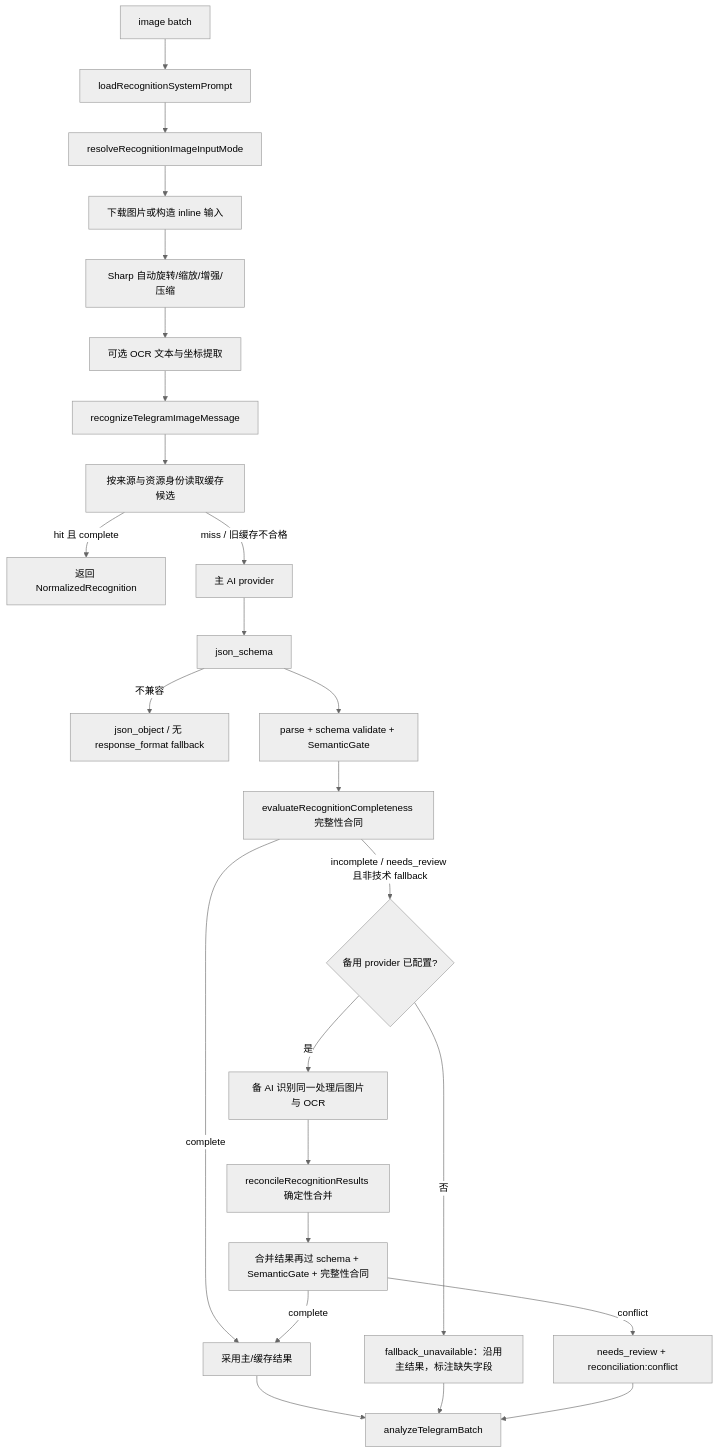
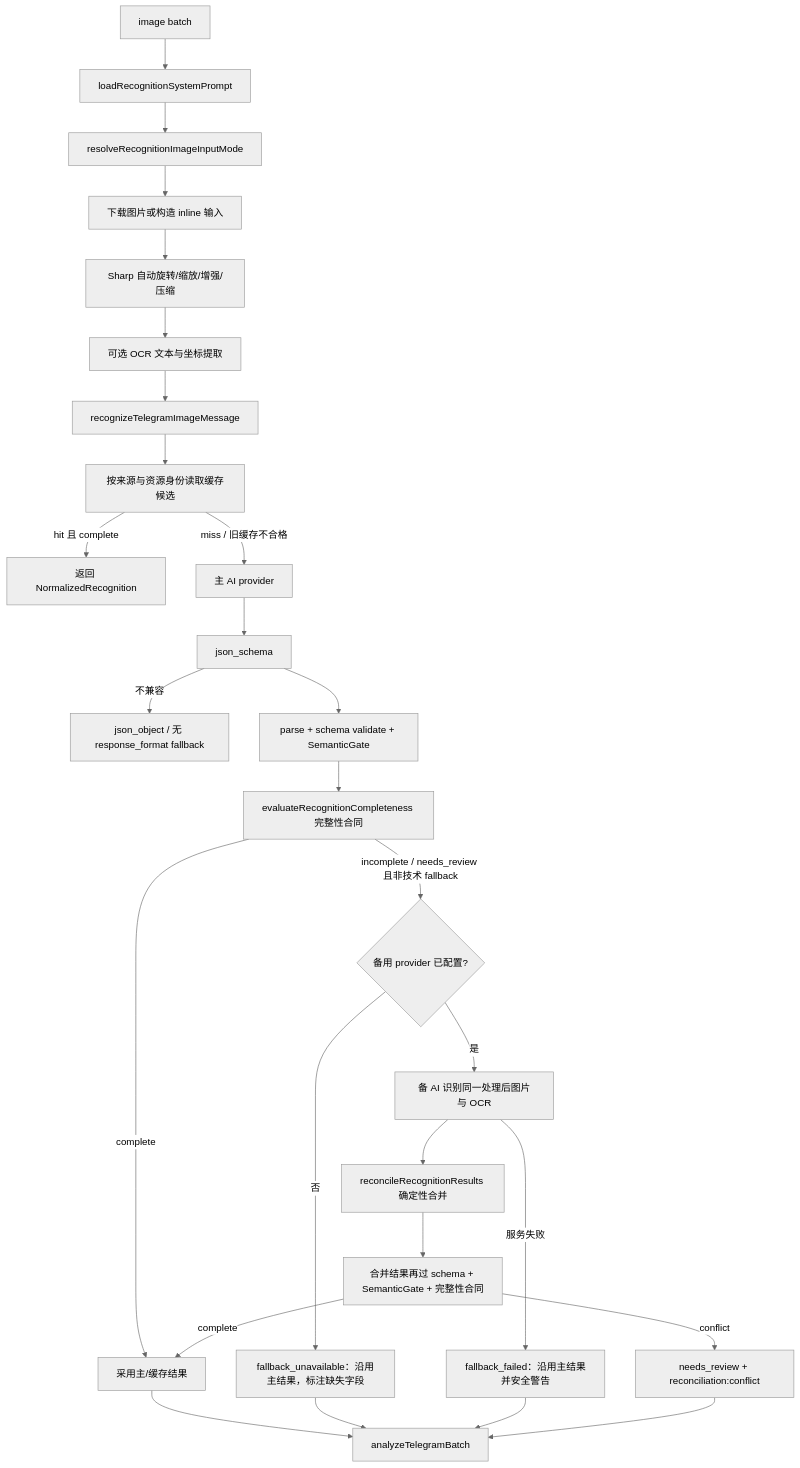
Before and after one commit to soulgo/training_records: the diagram in docs/02_系统核心逻辑/图片识别逻辑.md, drawn with Mermaid (neutral theme). The commit also changed other lines of this file and 17 other files, not shown here.

````diff
--- a/docs/02_系统核心逻辑/图片识别逻辑.md
+++ b/docs/02_系统核心逻辑/图片识别逻辑.md
@@ -5,27 +5,29 @@
 ```mermaid
 flowchart TD
   A[image batch] --> B[loadRecognitionSystemPrompt]
   B --> C[resolveRecognitionImageInputMode]
   C --> D[下载图片或构造 inline 输入]
   D --> E[Sharp 自动旋转/缩放/增强/压缩]
   E --> F[可选 OCR 文本与坐标提取]
   F --> G[recognizeTelegramImageMessage]
   G --> H[按来源与资源身份读取缓存候选]
   H -->|hit 且 complete| I[返回 NormalizedRecognition]
   H -->|miss / 旧缓存不合格| J[主 AI provider]
   J --> K[json_schema]
   K -->|不兼容| L[json_object / 无 response_format fallback]
   K --> M[parse + schema validate + SemanticGate]
   M --> N[evaluateRecognitionCompleteness 完整性合同]
   N -->|complete| P[采用主/缓存结果]
   N -->|incomplete / needs_review 且非技术 fallback| Q{备用 provider 已配置?}
   Q -->|否| R[fallback_unavailable：沿用主结果，标注缺失字段]
   Q -->|是| S[备 AI 识别同一处理后图片与 OCR]
+  S -->|服务失败| W[fallback_failed：沿用主结果并安全警告]
   S --> T[reconcileRecognitionResults 确定性合并]
   T --> U[合并结果再过 schema + SemanticGate + 完整性合同]
   U -->|complete| P
   U -->|conflict| V[needs_review + reconciliation:conflict]
   P --> O[analyzeTelegramBatch]
   R --> O
+  W --> O
   V --> O
 ```
````
